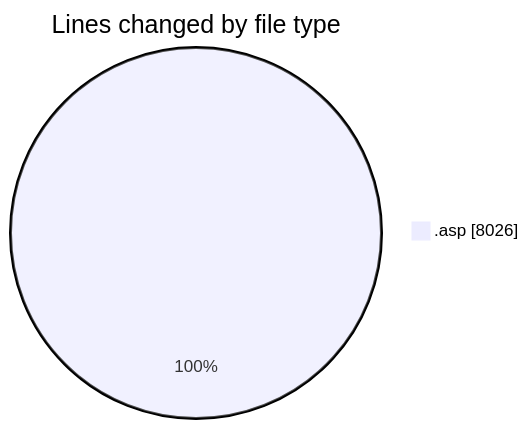
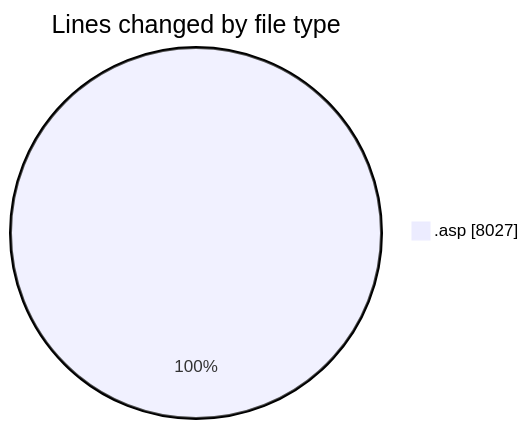
Before and after one commit to julien-gomy/code-tracking: the first of 2 diagrams in 2025-11-15/cdp_aleoudev_fr__workspace_/README.md, drawn with Mermaid. The commit also changed other lines of this file and 1 other file, not shown here.

````diff
--- a/2025-11-15/cdp_aleoudev_fr__workspace_/README.md
+++ b/2025-11-15/cdp_aleoudev_fr__workspace_/README.md
@@ -32,5 +32,5 @@
 ```mermaid
 pie showData
 title Lines changed by file type
-".asp" : 8026
+".asp" : 8027
 ```
````
